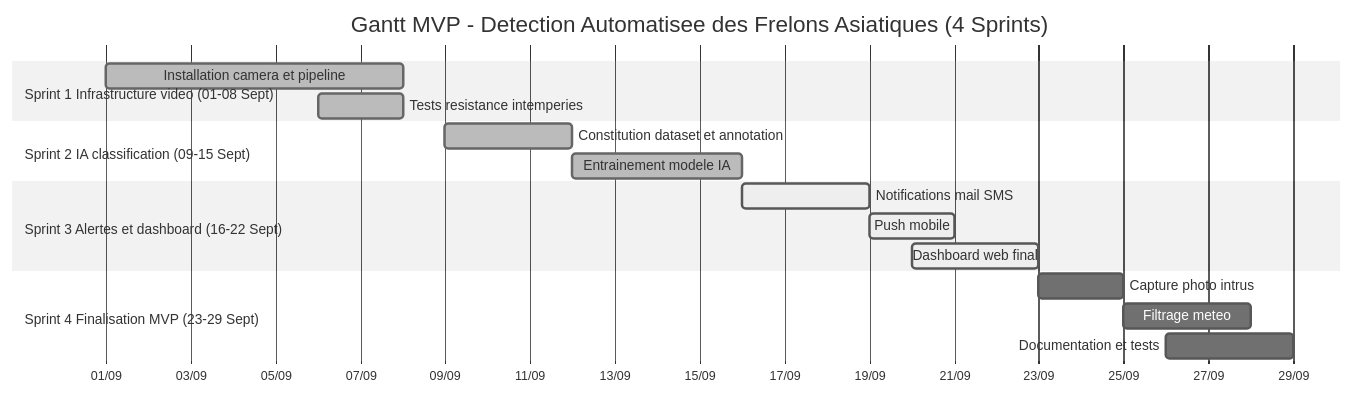
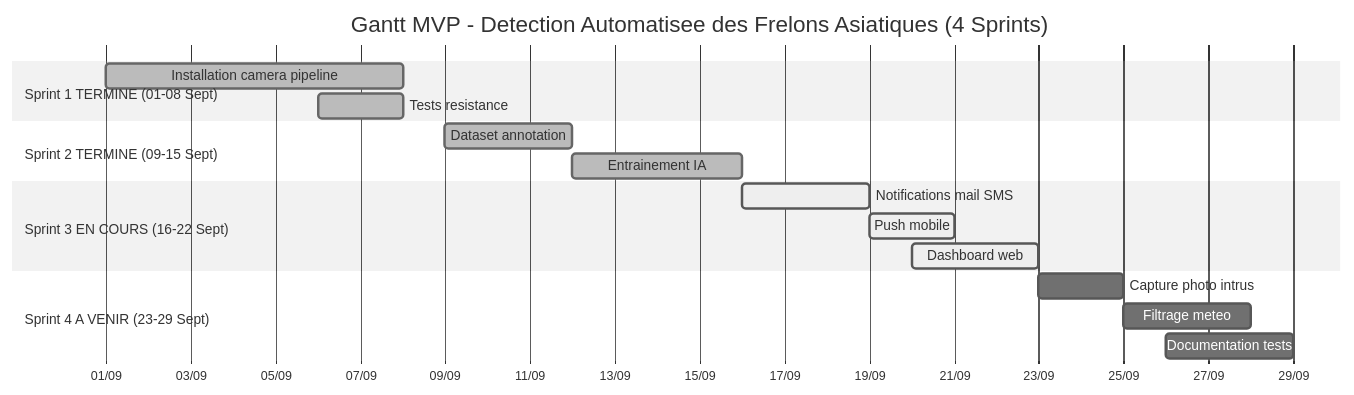
One commit to KAHINA-ABBAD/scrum-kanban changed the diagram in Dossier.md. Above: the diagram before and after it, drawn with Mermaid (neutral theme).

````diff
--- a/Dossier.md
+++ b/Dossier.md
@@ -99,26 +99,26 @@
 ```mermaid
 
 gantt
-    title Gantt MVP - Detection Automatisee des Frelons Asiatiques (4 Sprints)
+   title Gantt MVP - Detection Automatisee des Frelons Asiatiques (4 Sprints)
     dateFormat YYYY-MM-DD
     axisFormat %d/%m
 
-    section Sprint 1 Infrastructure video (01-08 Sept)
-    Installation camera et pipeline        :done,    cam1, 2025-09-01, 7d
-    Tests resistance intemperies           :done,    test1, 2025-09-06, 2d
+    section Sprint 1 TERMINE (01-08 Sept)
+    Installation camera pipeline           :done,    cam1, 2025-09-01, 7d
+    Tests resistance                       :done,    test1, 2025-09-06, 2d
 
-    section Sprint 2 IA classification (09-15 Sept)
-    Constitution dataset et annotation     :done,    data1, 2025-09-09, 3d
-    Entrainement modele IA                 :done,    model1, 2025-09-12, 4d
+    section Sprint 2 TERMINE (09-15 Sept)
+    Dataset annotation                     :done,    data1, 2025-09-09, 3d
+    Entrainement IA                        :done,    model1, 2025-09-12, 4d
 
-    section Sprint 3 Alertes et dashboard (16-22 Sept)
+    section Sprint 3 EN COURS (16-22 Sept)
     Notifications mail SMS                 :active,  notif1, 2025-09-16, 3d
     Push mobile                            :active,  notif2, 2025-09-19, 2d
-    Dashboard web final                    :active,  dash2, 2025-09-20, 3d
+    Dashboard web                          :active,  dash2, 2025-09-20, 3d
 
-    section Sprint 4 Finalisation MVP (23-29 Sept)
+    section Sprint 4 A VENIR (23-29 Sept)
     Capture photo intrus                   :        photo1, 2025-09-23, 2d
     Filtrage meteo                         :        filt1, 2025-09-25, 3d
-    Documentation et tests                 :        doc1, 2025-09-26, 3d
+    Documentation tests                    :        doc1, 2025-09-26, 3d
 
 ```
````
